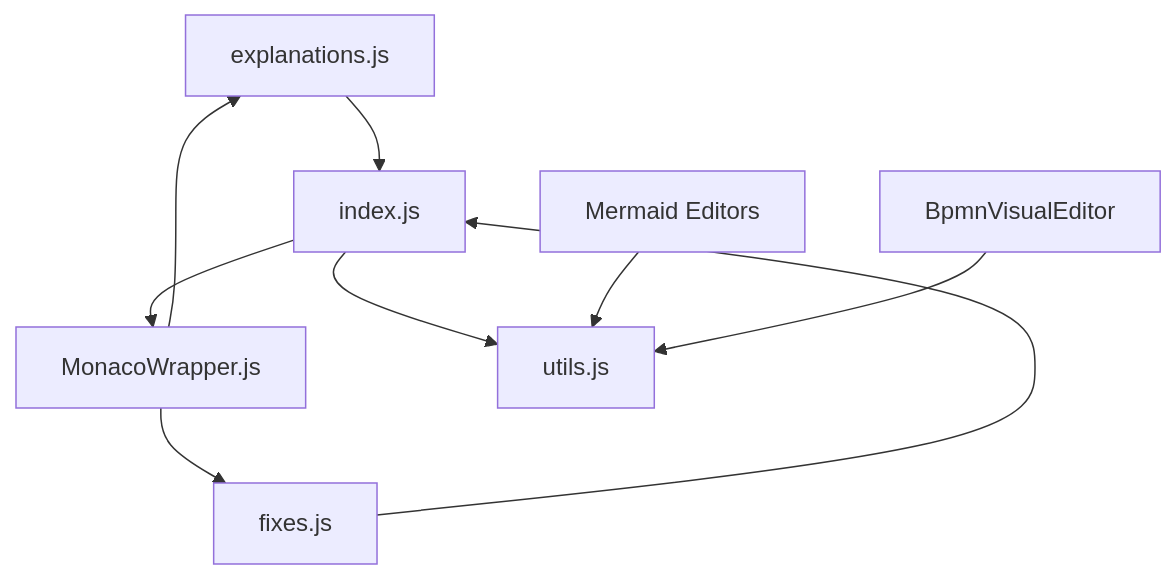
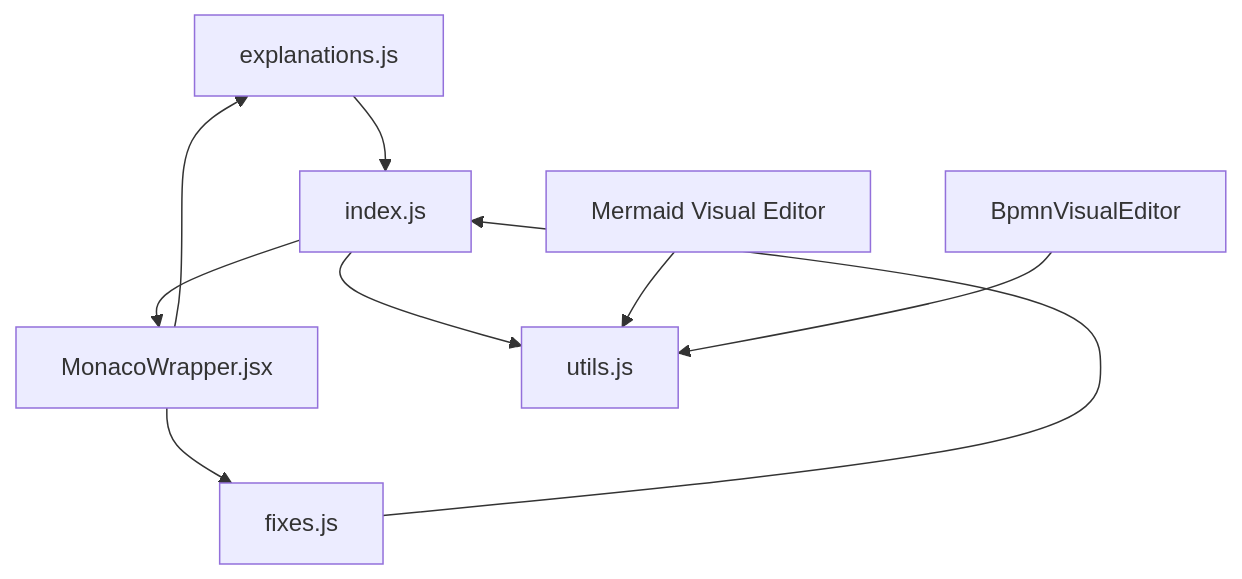
Before and after one commit to ongchonghian/universal-diagram-editor: the fifth of 5 diagrams in .qoder/repowiki/en/content/Troubleshooting and FAQ.md, drawn with Mermaid. The commit also changed other lines of this file and 31 other files, not shown here.

````diff
--- a/.qoder/repowiki/en/content/Troubleshooting and FAQ.md
+++ b/.qoder/repowiki/en/content/Troubleshooting and FAQ.md
@@ -235,11 +231,11 @@
 ```mermaid
 graph TB
 Explanations["explanations.js"] --> Index["index.js"]
 Fixes["fixes.js"] --> Index
-Index --> Monaco["MonacoWrapper.js"]
+Index --> Monaco["MonacoWrapper.jsx"]
 Index --> Utils["utils.js"]
 Monaco --> Explanations
 Monaco --> Fixes
-Mermaid["Mermaid Editors"] --> Utils
+Mermaid["Mermaid Visual Editor"] --> Utils
 Bpmn["BpmnVisualEditor"] --> Utils
 ```
````
